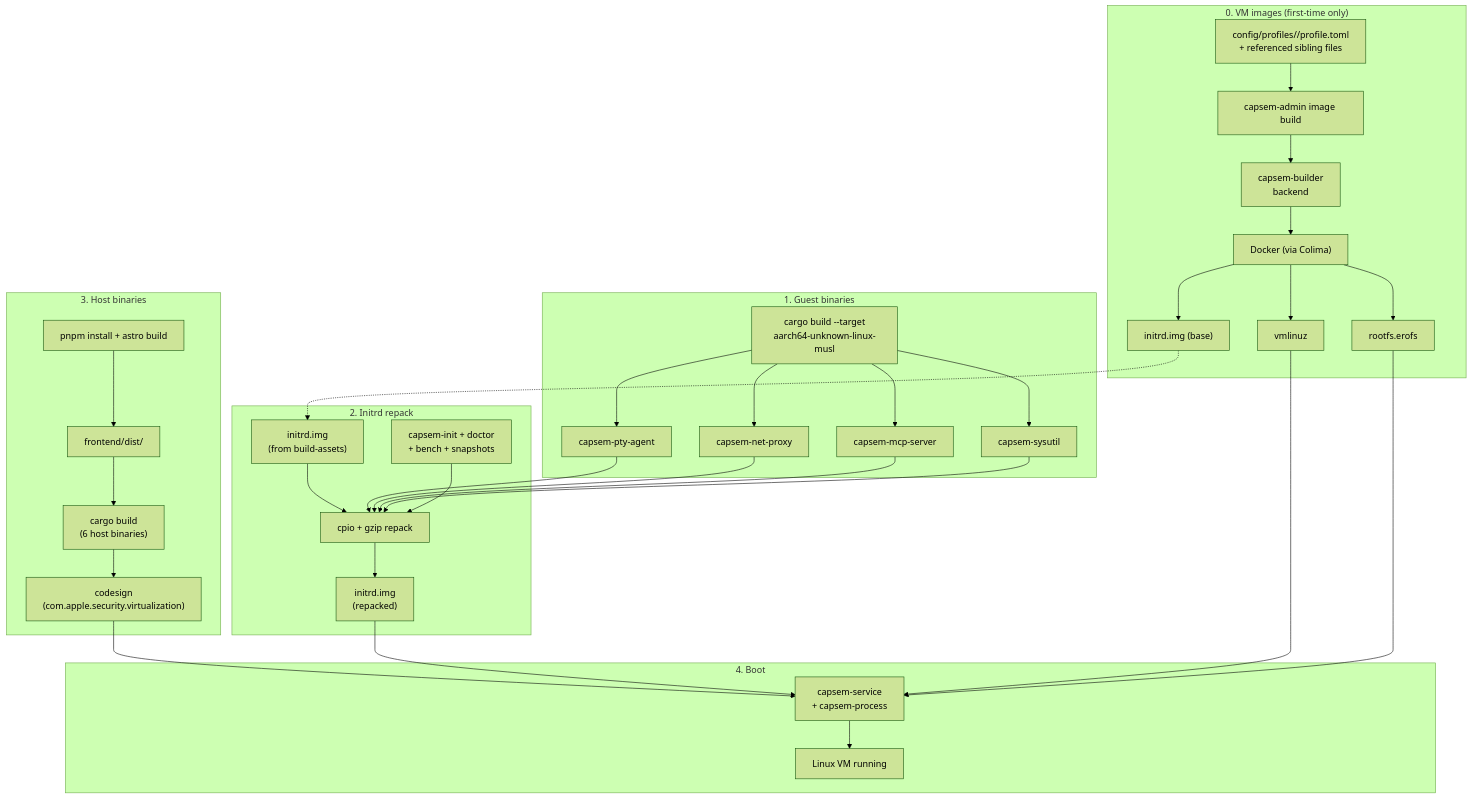
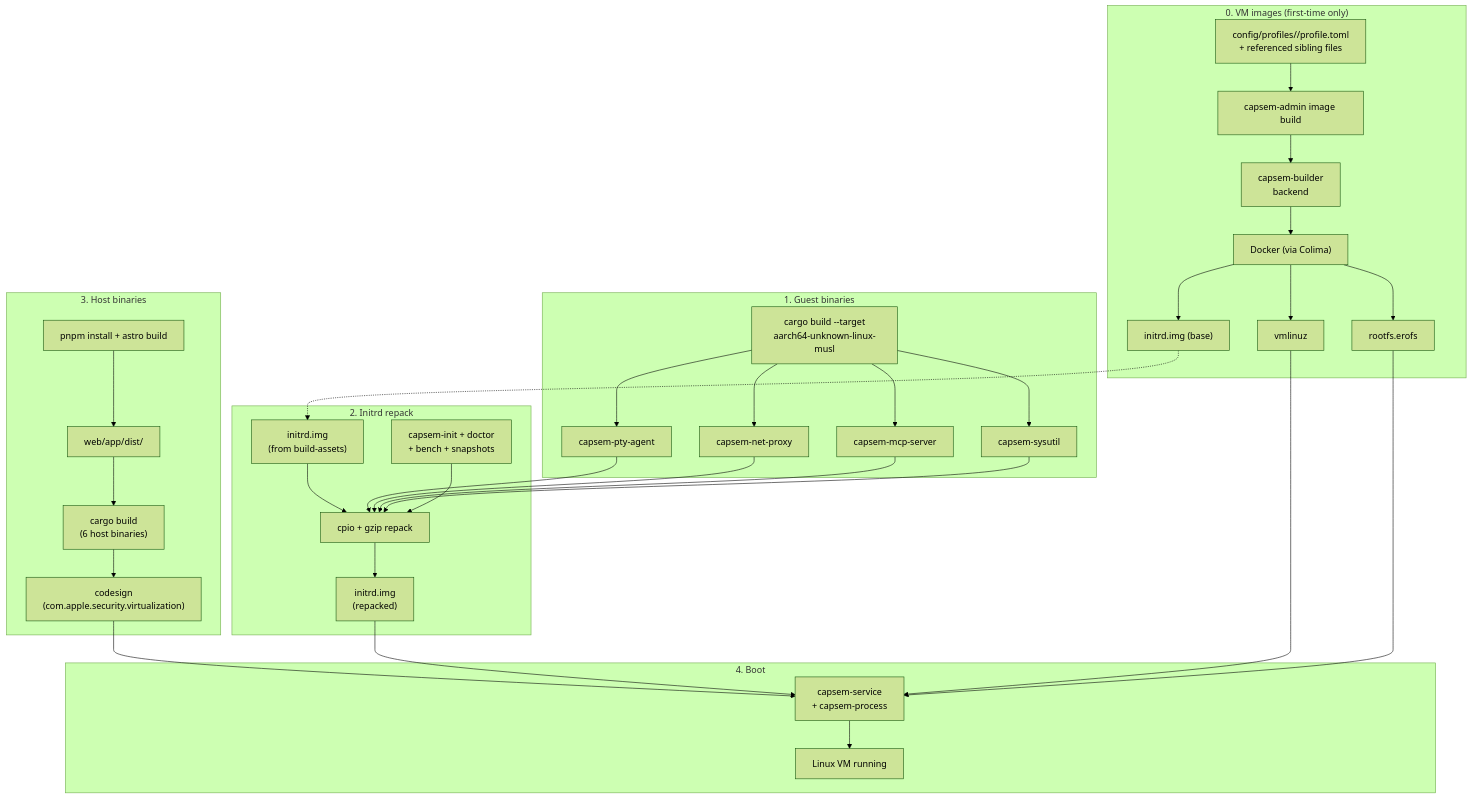
The first of 2 diagrams in docs/src/content/docs/development/stack.md (google/capsem), drawn with Mermaid (forest theme) before and after one commit. The commit also changed other lines of this file and 198 other files, not shown here.

````diff
--- a/docs/src/content/docs/development/stack.md
+++ b/docs/src/content/docs/development/stack.md
@@ -12,50 +12,50 @@
 ```mermaid
 flowchart TD
     subgraph stage1["1. Guest binaries"]
         CARGO_CROSS["cargo build --target\naarch64-unknown-linux-musl"]
         AGENT["capsem-pty-agent"]
         NETPROXY["capsem-net-proxy"]
         MCP["capsem-mcp-server"]
         SYSUTIL["capsem-sysutil"]
         CARGO_CROSS --> AGENT & NETPROXY & MCP & SYSUTIL
     end
 
     subgraph stage2["2. Initrd repack"]
         INITRD_IN["initrd.img\n(from build-assets)"]
         SCRIPTS["capsem-init + doctor\n+ bench + snapshots"]
         REPACK["cpio + gzip repack"]
         INITRD_IN --> REPACK
         AGENT & NETPROXY & MCP & SYSUTIL --> REPACK
         SCRIPTS --> REPACK
         REPACK --> INITRD_OUT["initrd.img\n(repacked)"]
     end
 
     subgraph stage3["3. Host binaries"]
         PNPM["pnpm install + astro build"]
-        DIST["frontend/dist/"]
+        DIST["web/app/dist/"]
         CARGO_HOST["cargo build\n(6 host binaries)"]
         PNPM --> DIST --> CARGO_HOST
         CARGO_HOST --> SIGN["codesign\n(com.apple.security.virtualization)"]
     end
 
     subgraph stage0["0. VM images (first-time only)"]
         PROFILE["config/profiles/<id>/profile.toml\n+ referenced sibling files"]
         ADMIN["capsem-admin image build"]
         BUILDER["capsem-builder\nbackend"]
         DOCKER["Docker (via Colima)"]
         PROFILE --> ADMIN --> BUILDER --> DOCKER
         DOCKER --> VMLINUZ["vmlinuz"]
         DOCKER --> ROOTFS["rootfs.erofs"]
         DOCKER --> INITRD_BASE["initrd.img (base)"]
     end
 
     INITRD_BASE -.-> INITRD_IN
 
     subgraph stage4["4. Boot"]
         SIGN --> BOOT["capsem-service\n+ capsem-process"]
         INITRD_OUT --> BOOT
         VMLINUZ --> BOOT
         ROOTFS --> BOOT
         BOOT --> VM["Linux VM running"]
     end
 ```
````
